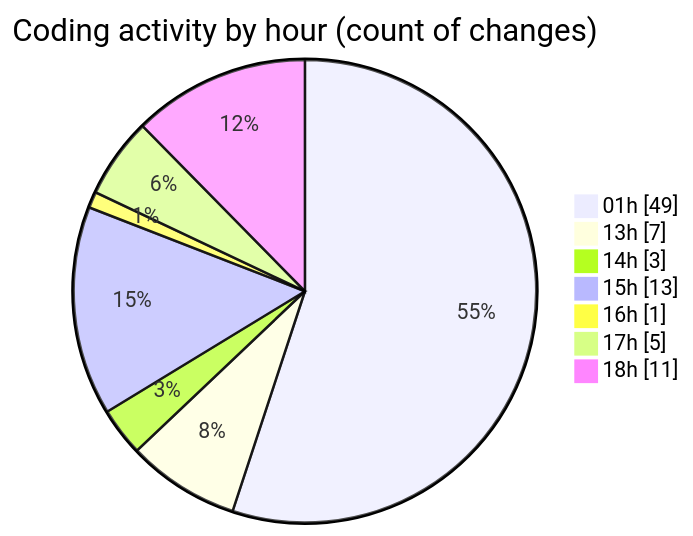
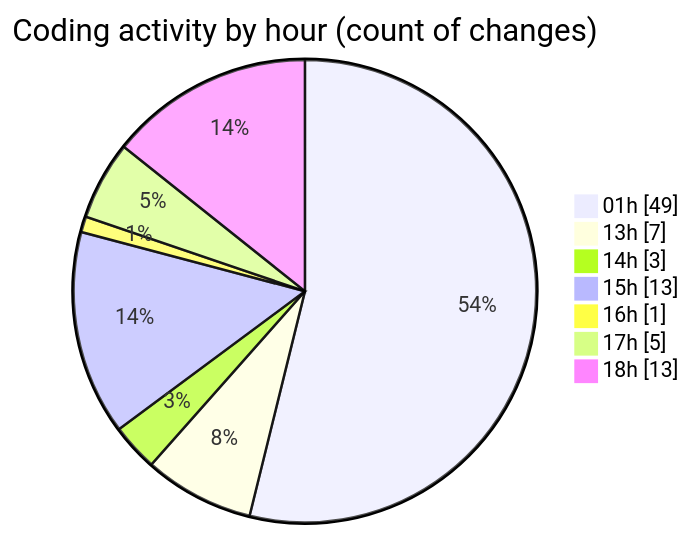
Before and after one commit to lephambinh05/code-tracking: the second of 2 diagrams in 2025-09-02/quanlylink/README.md, drawn with Mermaid. The commit also changed other lines of this file and 1 other file, not shown here.

````diff
--- a/2025-09-02/quanlylink/README.md
+++ b/2025-09-02/quanlylink/README.md
@@ -62,11 +63,11 @@
 ```mermaid
 pie showData
 title Coding activity by hour (count of changes)
 "01h" : 49
 "13h" : 7
 "14h" : 3
 "15h" : 13
 "16h" : 1
 "17h" : 5
-"18h" : 11
+"18h" : 13
 ```
````
